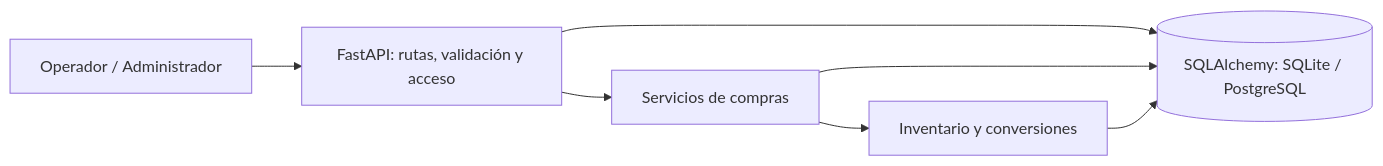
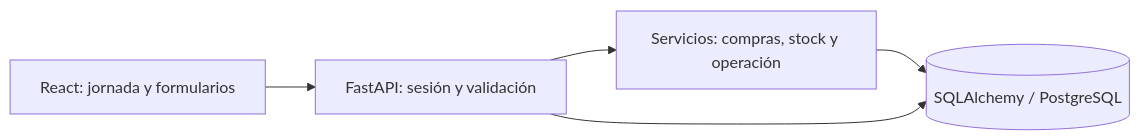
The first of 3 diagrams in Proyecto-3-AppAdmin-Mascotas/Ingenieria de Software/Documentacion.md (Jorge10192/TP-Programacion2-UNSAM-2C2026), drawn with Mermaid before and after one commit. The commit also changed other lines of this file and 86 other files, not shown here.

````diff
--- a/Proyecto-3-AppAdmin-Mascotas/Ingenieria de Software/Documentacion.md
+++ b/Proyecto-3-AppAdmin-Mascotas/Ingenieria de Software/Documentacion.md
@@ -27,9 +27,7 @@
 ```mermaid
 flowchart LR
-    U[Operador / Administrador] --> A[FastAPI: rutas, validación y acceso]
-    A --> C[Servicios de compras]
-    C --> I[Inventario y conversiones]
-    A --> D[(SQLAlchemy: SQLite / PostgreSQL)]
-    C --> D
-    I --> D
+    U[React: jornada y formularios] --> A[FastAPI: sesión y validación]
+    A --> S[Servicios: compras, stock y operación]
+    S --> D[(SQLAlchemy / PostgreSQL)]
+    A --> D
 ```
````
